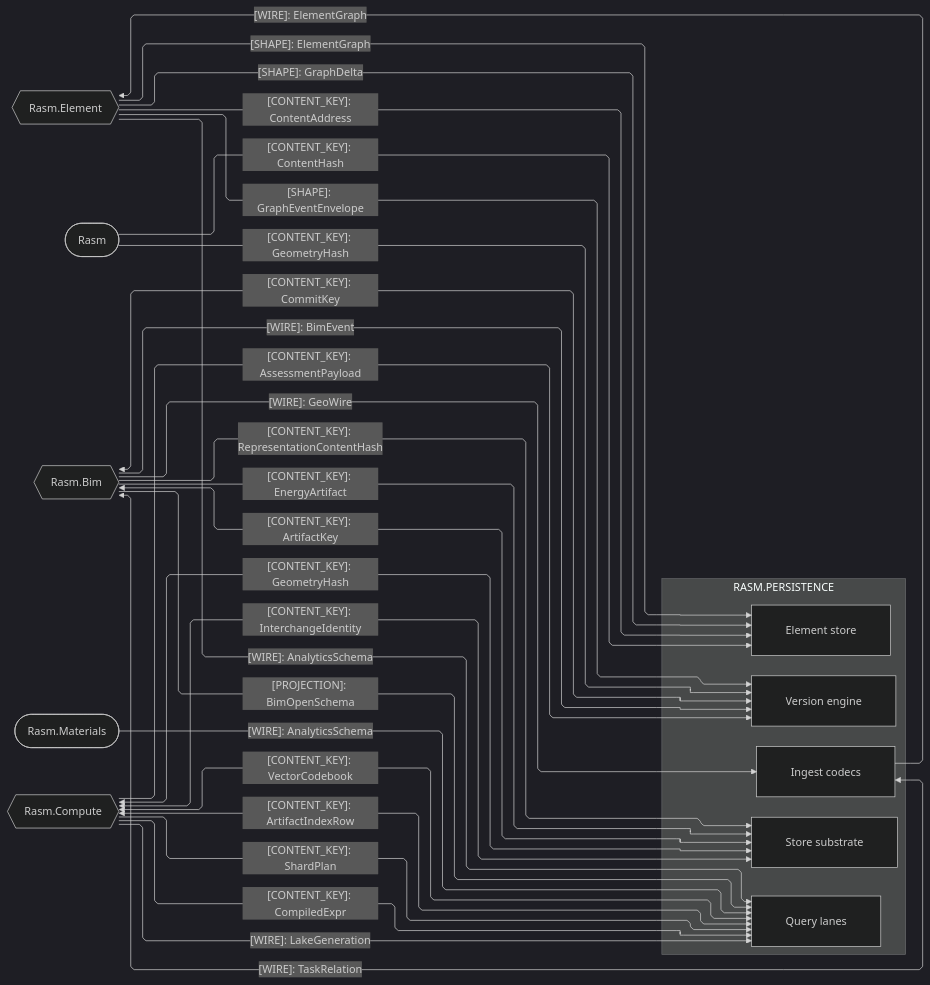
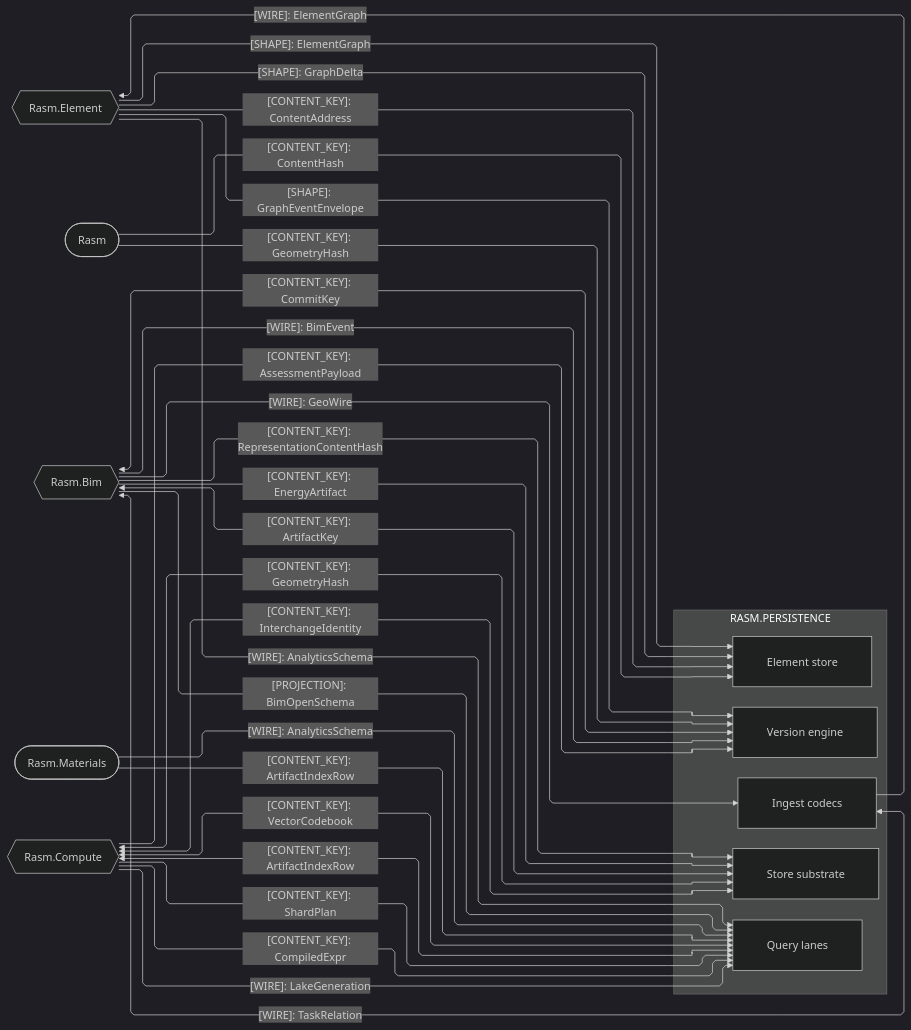
The second of 4 diagrams in libs/csharp/Rasm.Persistence/ARCHITECTURE.md (bsamiee/Rasm), drawn with Mermaid (dark theme) before and after one commit. The commit also changed 236 other files, not shown here.

````diff
--- a/libs/csharp/Rasm.Persistence/ARCHITECTURE.md
+++ b/libs/csharp/Rasm.Persistence/ARCHITECTURE.md
@@ -98,49 +98,50 @@
 ```mermaid
 ---
 config:
   layout: elk
   flowchart:
     curve: linear
     padding: 25
 ---
 flowchart LR
     accTitle: Persistence domain and kernel content seams
     accDescr: Persistence sub-domain owners exchanging shapes, content keys, wires, and projections with the kernel and every AEC peer.
     subgraph persistence[RASM.PERSISTENCE]
         Element[Element store]
         Version[Version engine]
         Query[Query lanes]
         Ingest[Ingest codecs]
         Store[Store substrate]
     end
     RasmElement{{Rasm.Element}}
     Rasm([Rasm])
     Bim{{Rasm.Bim}}
     Materials([Rasm.Materials])
     Compute{{Rasm.Compute}}
     RasmElement e1@-->|"[SHAPE]: ElementGraph"| Element
     RasmElement e12@-->|"[SHAPE]: GraphDelta"| Element
     RasmElement e13@-->|"[CONTENT_KEY]: ContentAddress"| Element
     RasmElement e25@-->|"[SHAPE]: GraphEventEnvelope"| Version
     Ingest e2@-->|"[WIRE]: ElementGraph"| RasmElement
     Rasm e3@-->|"[CONTENT_KEY]: ContentHash"| Element
     Rasm e4@-->|"[CONTENT_KEY]: GeometryHash"| Version
     Bim e5@-->|"[PROJECTION]: BimOpenSchema"| Query
     Bim e6@-->|"[CONTENT_KEY]: RepresentationContentHash"| Store
     Bim e15@-->|"[CONTENT_KEY]: EnergyArtifact"| Store
     Bim e16@<-->|"[CONTENT_KEY]: ArtifactKey"| Store
     Bim e17@<-->|"[CONTENT_KEY]: CommitKey"| Version
     Bim e18@-->|"[WIRE]: BimEvent"| Version
     Ingest e7@<-->|"[WIRE]: TaskRelation"| Bim
     Bim e14@-->|"[WIRE]: GeoWire"| Ingest
     RasmElement e27@-->|"[WIRE]: AnalyticsSchema"| Query
     Materials e19@-->|"[WIRE]: AnalyticsSchema"| Query
+    Materials e28@-->|"[CONTENT_KEY]: ArtifactIndexRow"| Query
     Compute e8@-->|"[CONTENT_KEY]: AssessmentPayload"| Version
     Compute e9@<-->|"[CONTENT_KEY]: VectorCodebook"| Query
     Compute e10@<-->|"[CONTENT_KEY]: ArtifactIndexRow"| Query
     Compute e20@-->|"[CONTENT_KEY]: ShardPlan"| Query
     Compute e21@-->|"[CONTENT_KEY]: CompiledExpr"| Query
     Compute e11@<-->|"[CONTENT_KEY]: GeometryHash"| Store
     Compute e22@<-->|"[CONTENT_KEY]: InterchangeIdentity"| Store
     Compute e26@-->|"[WIRE]: LakeGeneration"| Query
 ```
````
